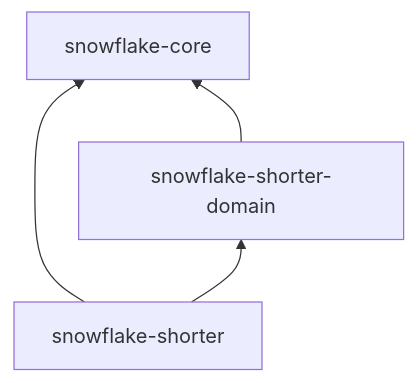
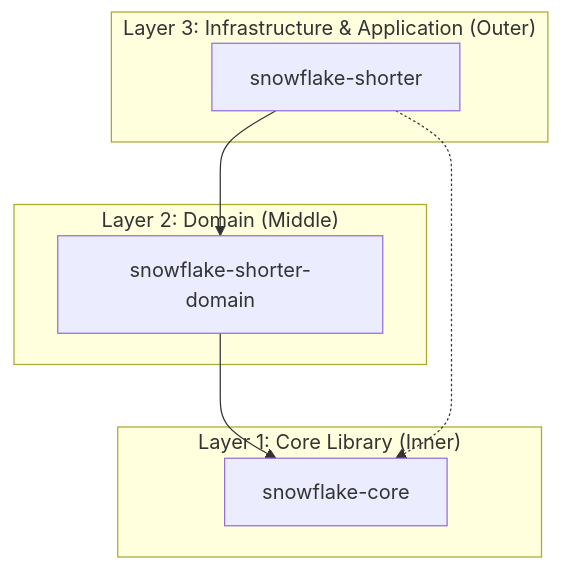
The second of 2 diagrams in docs/ARCHITECTURE.md (parkmh04-ship-it/snowflake), drawn with Mermaid before and after one commit. The commit also changed other lines of this file, not shown here.

Commit message:
docs: 아키텍처 문서의 의존성 규칙 다이어그램 및 설명 개선
- 의존성 방향을 Top-Down(상하) 구조로 변경하여 직관성 향상
- Core(Inner) -> Domain(Middle) -> Shorter(Outer) 계층 구조 시각화
- 각 모듈별 역할 및 의존성 제약 사항에 대한 설명 보완

````diff
--- a/docs/ARCHITECTURE.md
+++ b/docs/ARCHITECTURE.md
@@ -53,6 +53,18 @@
 ```mermaid
-graph BT
-    Shorter[snowflake-shorter] --> Domain[snowflake-shorter-domain]
-    Shorter --> Core[snowflake-core]
+graph TD
+    subgraph "Layer 3: Infrastructure & Application (Outer)"
+        Shorter[snowflake-shorter]
+    end
+
+    subgraph "Layer 2: Domain (Middle)"
+        Domain[snowflake-shorter-domain]
+    end
+
+    subgraph "Layer 1: Core Library (Inner)"
+        Core[snowflake-core]
+    end
+
+    Shorter --> Domain
     Domain --> Core
+    Shorter -.-> Core
 ```
````
